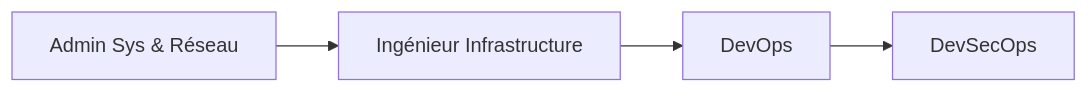
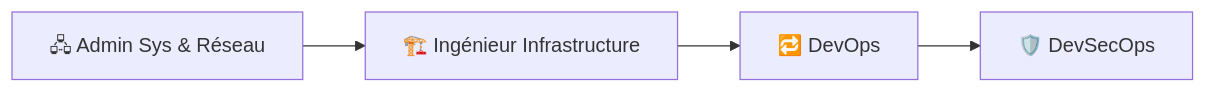
Before and after one commit to BambaNdour96/BambaNdour96: the diagram in README.md, drawn with Mermaid. The commit also changed other lines of this file, not shown here.

````diff
--- a/README.md
+++ b/README.md
@@ -62,6 +50,6 @@
 ```mermaid
 flowchart LR
-    A[Admin Sys & Réseau] --> B[Ingénieur Infrastructure]
-    B --> C[DevOps]
-    C --> D[DevSecOps]
+    A[🖧 Admin Sys & Réseau] --> B[🏗️ Ingénieur Infrastructure]
+    B --> C[🔁 DevOps]
+    C --> D[🛡️ DevSecOps]
 ```
````
